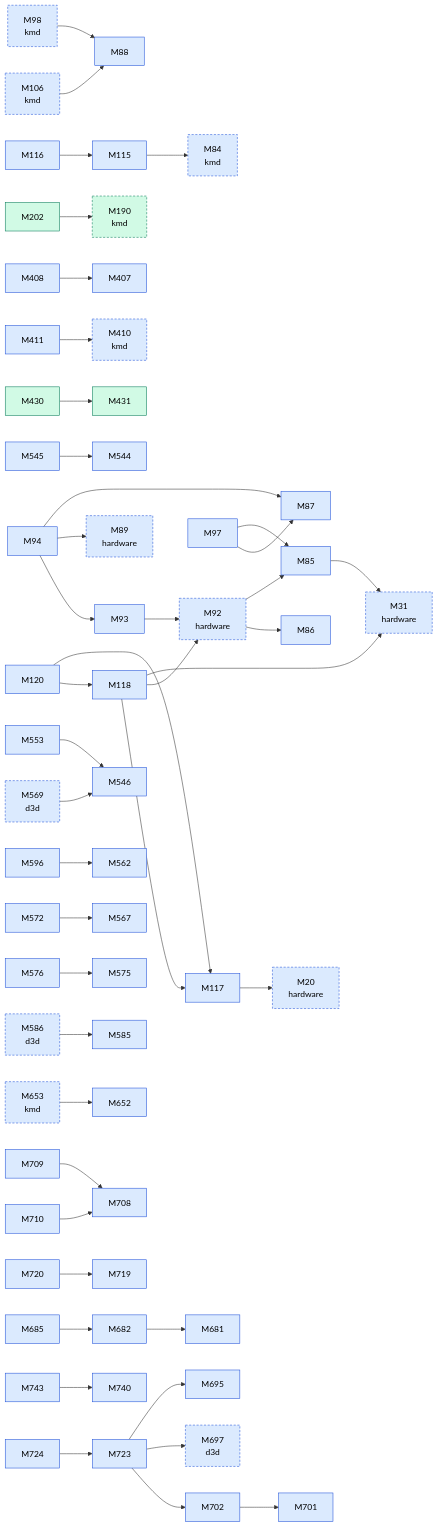
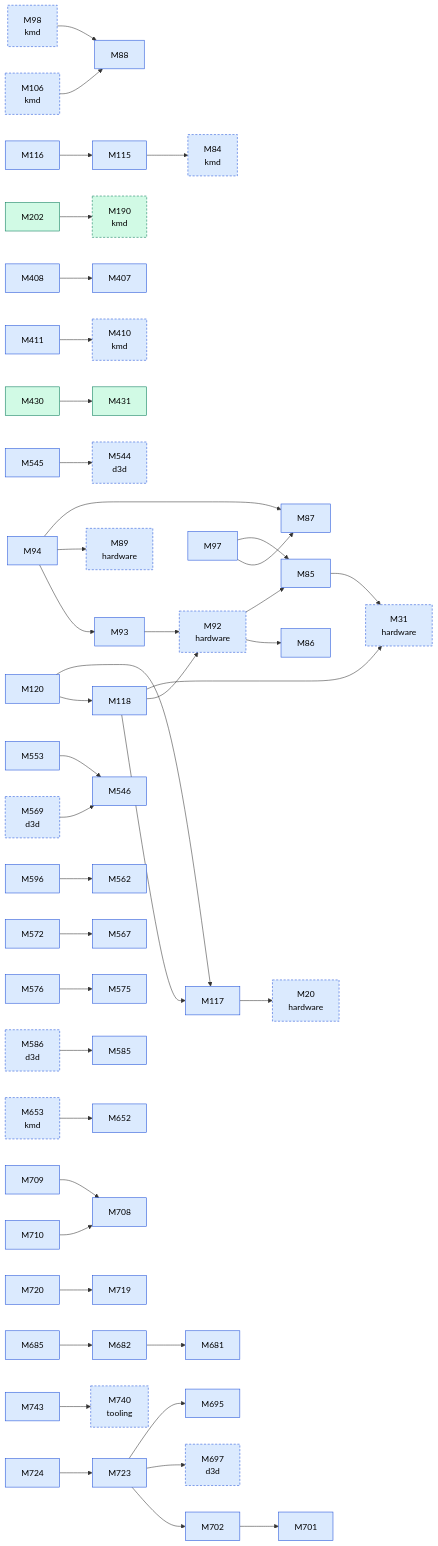
The second of 2 diagrams in docs/facts/graphs/display.md (D-Ogi/amdgpu-wddm), drawn with Mermaid before and after one commit. The commit also changed other lines of this file and 25 other files, not shown here.

````diff
--- a/docs/facts/graphs/display.md
+++ b/docs/facts/graphs/display.md
@@ -60,7 +57,7 @@
   M411["M411"]:::MEASURED
   M430["M430"]:::CONFIRMED
   M431["M431"]:::CONFIRMED
-  M544["M544"]:::MEASURED
+  M544["M544<br/>d3d"]:::MEASURED
   M545["M545"]:::MEASURED
   M546["M546"]:::MEASURED
   M553["M553"]:::MEASURED
@@ -89,7 +86,7 @@
   M720["M720"]:::MEASURED
   M723["M723"]:::MEASURED
   M724["M724"]:::MEASURED
-  M740["M740"]:::MEASURED
+  M740["M740<br/>tooling"]:::MEASURED
   M743["M743"]:::MEASURED
   M92 --> M85
   M92 --> M86
@@ -138,5 +135,5 @@
   classDef CONFIRMED fill:#d1fae5,stroke:#047857,color:#000
   classDef REFUTED fill:#fee2e2,stroke:#b91c1c,color:#000
   classDef other stroke-dasharray:4 3
-  class M20,M31,M84,M89,M92,M98,M106,M190,M410,M569,M586,M653,M697 other
+  class M20,M31,M84,M89,M92,M98,M106,M190,M410,M544,M569,M586,M653,M697,M740 other
 ```
````
